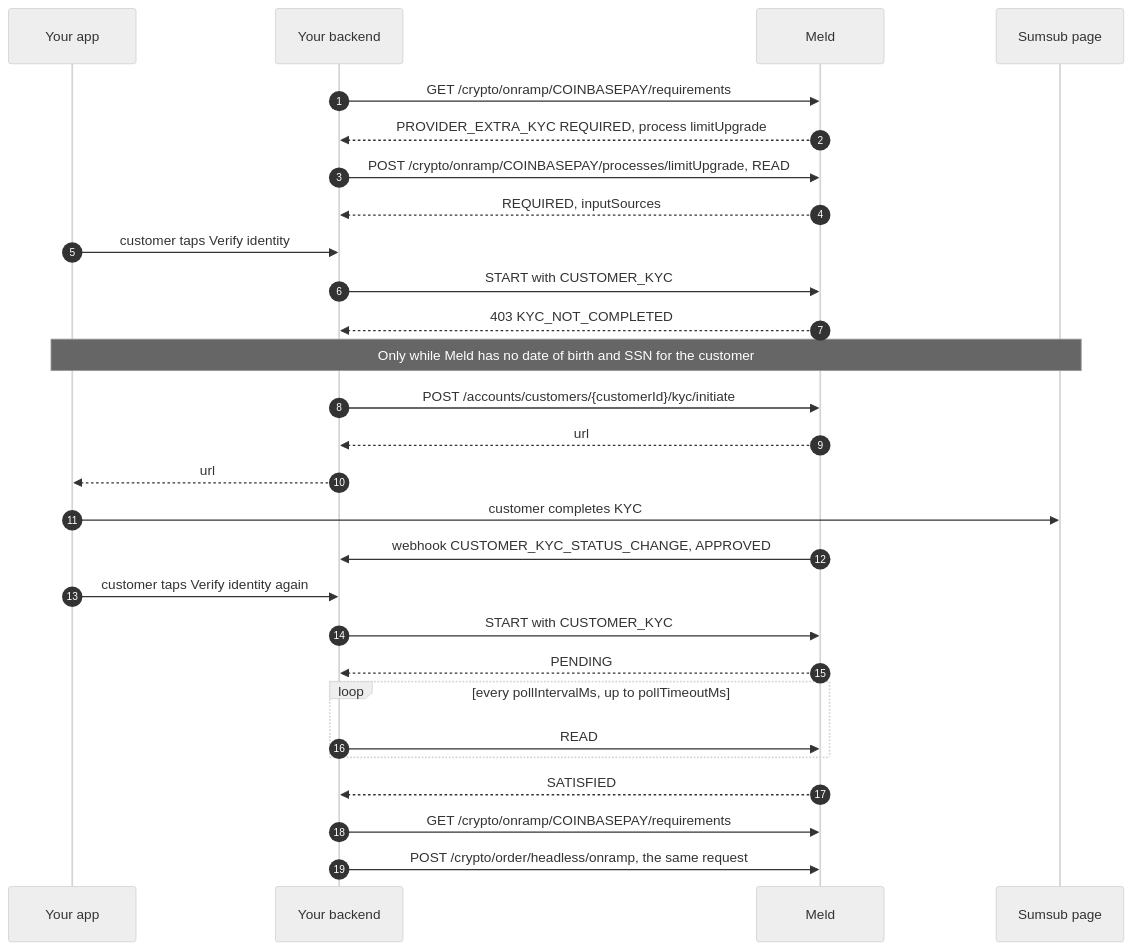
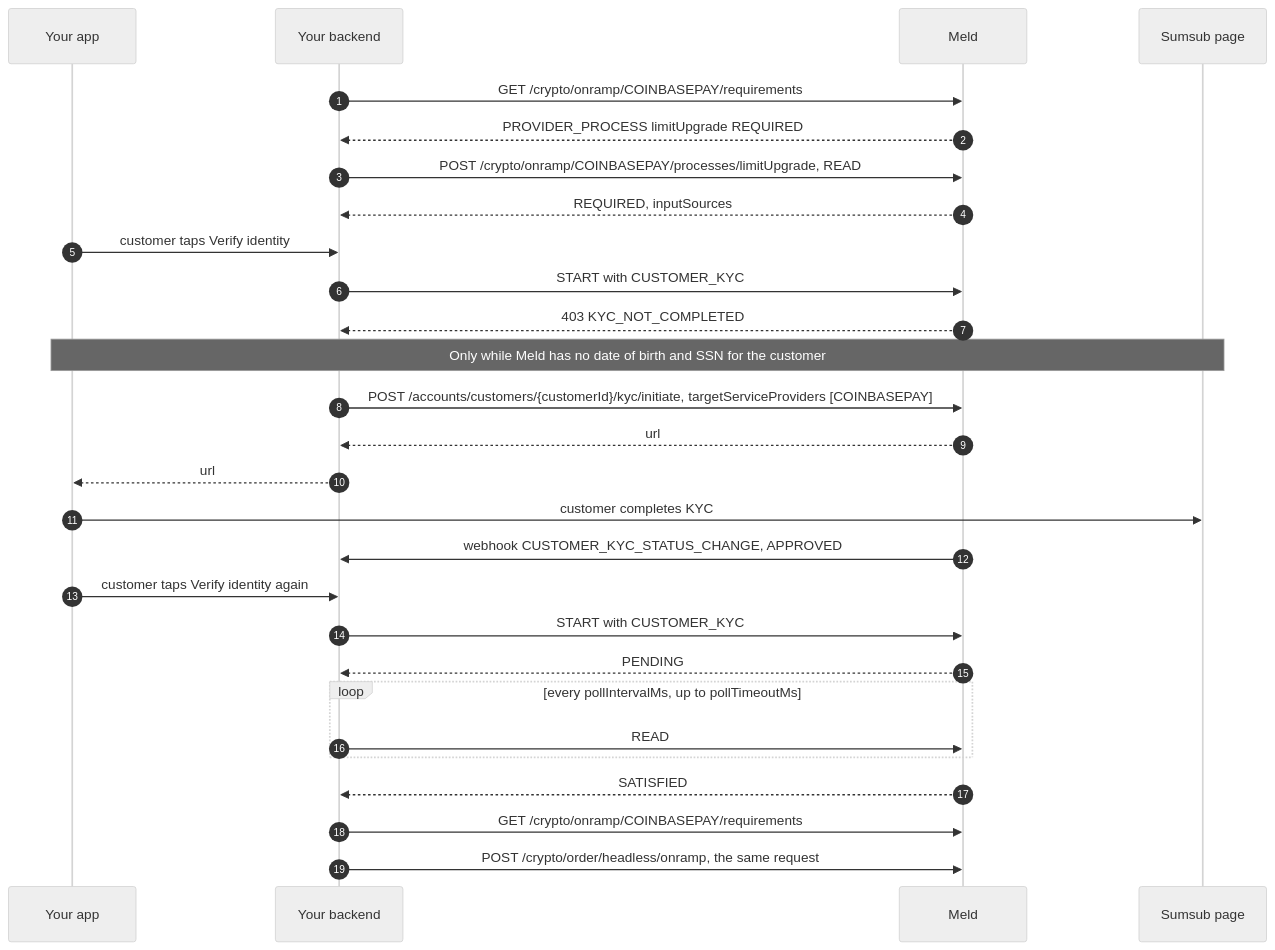
One commit to meldeng/docs changed the second of 2 diagrams in docs/stablecoins/headless-integration/wallets.mdx. Above: the diagram before and after it, drawn with Mermaid (neutral theme). The commit also changed other lines of this file and 8 other files, not shown here.

````diff
--- a/docs/stablecoins/headless-integration/wallets.mdx
+++ b/docs/stablecoins/headless-integration/wallets.mdx
@@ -524,33 +524,33 @@
 ```mermaid
 sequenceDiagram
     autonumber
     participant App as Your app
     participant Api as Your backend
     participant Meld
     participant KYC as Sumsub page
 
     Api->>Meld: GET /crypto/onramp/COINBASEPAY/requirements
-    Meld-->>Api: PROVIDER_EXTRA_KYC REQUIRED, process limitUpgrade
+    Meld-->>Api: PROVIDER_PROCESS limitUpgrade REQUIRED
     Api->>Meld: POST /crypto/onramp/COINBASEPAY/processes/limitUpgrade, READ
     Meld-->>Api: REQUIRED, inputSources
     App->>Api: customer taps Verify identity
     Api->>Meld: START with CUSTOMER_KYC
     Meld-->>Api: 403 KYC_NOT_COMPLETED
 
     Note over App,KYC: Only while Meld has no date of birth and SSN for the customer
-    Api->>Meld: POST /accounts/customers/{customerId}/kyc/initiate
+    Api->>Meld: POST /accounts/customers/{customerId}/kyc/initiate, targetServiceProviders [COINBASEPAY]
     Meld-->>Api: url
     Api-->>App: url
     App->>KYC: customer completes KYC
     Meld->>Api: webhook CUSTOMER_KYC_STATUS_CHANGE, APPROVED
     App->>Api: customer taps Verify identity again
     Api->>Meld: START with CUSTOMER_KYC
     Meld-->>Api: PENDING
 
     loop every pollIntervalMs, up to pollTimeoutMs
         Api->>Meld: READ
     end
     Meld-->>Api: SATISFIED
     Api->>Meld: GET /crypto/onramp/COINBASEPAY/requirements
     Api->>Meld: POST /crypto/order/headless/onramp, the same request
 ```
````
